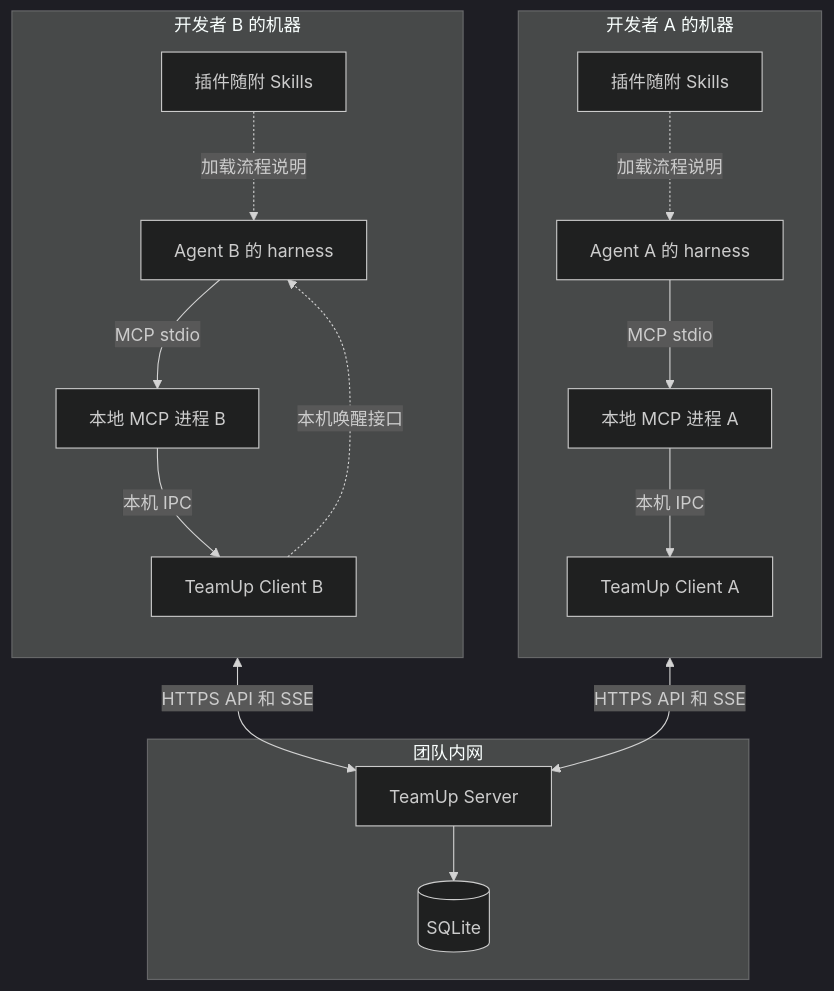
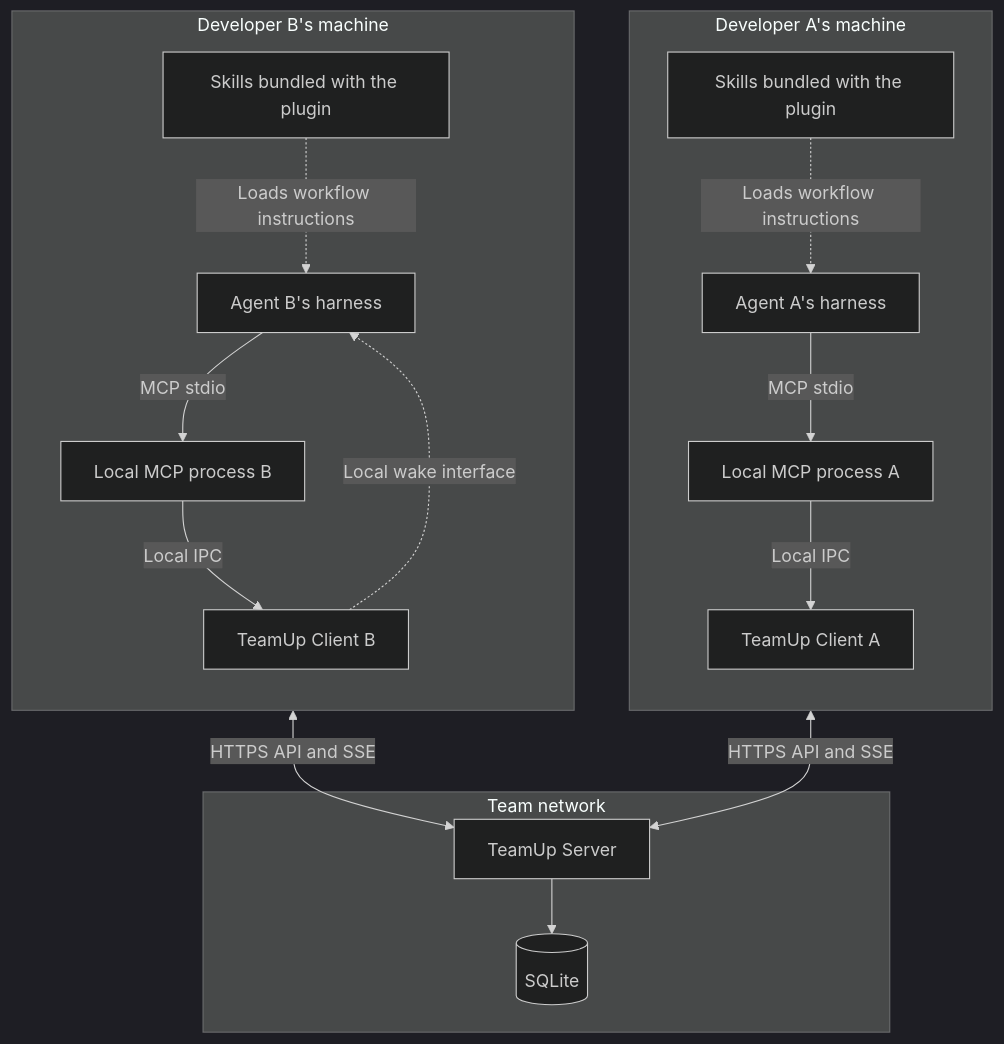
The first of 2 diagrams in docs/architecture/README.md (Jianyu010/TeamUp), drawn with Mermaid (dark theme) before and after one commit. The commit also changed other lines of this file and 44 other files, not shown here.

````diff
--- a/docs/architecture/README.md
+++ b/docs/architecture/README.md
@@ -5,31 +5,31 @@
 ```mermaid
 flowchart TB
-    subgraph DA[开发者 A 的机器]
+    subgraph DA[Developer A's machine]
         direction TB
-        A[Agent A 的 harness]
-        PA[本地 MCP 进程 A]
+        A[Agent A's harness]
+        PA[Local MCP process A]
         CA[TeamUp Client A]
-        SA[插件随附 Skills]
-        SA -. 加载流程说明 .-> A
+        SA[Skills bundled with the plugin]
+        SA -. Loads workflow instructions .-> A
         A -->|MCP stdio| PA
-        PA -->|本机 IPC| CA
+        PA -->|Local IPC| CA
     end
-    subgraph LAN[团队内网]
+    subgraph LAN[Team network]
         S[TeamUp Server]
         DB[(SQLite)]
         S --> DB
     end
-    subgraph DBHOST[开发者 B 的机器]
+    subgraph DBHOST[Developer B's machine]
         direction TB
-        B[Agent B 的 harness]
-        PB[本地 MCP 进程 B]
+        B[Agent B's harness]
+        PB[Local MCP process B]
         CB[TeamUp Client B]
-        SB[插件随附 Skills]
-        SB -. 加载流程说明 .-> B
+        SB[Skills bundled with the plugin]
+        SB -. Loads workflow instructions .-> B
         B -->|MCP stdio| PB
-        PB -->|本机 IPC| CB
-        CB -. 本机唤醒接口 .-> B
+        PB -->|Local IPC| CB
+        CB -. Local wake interface .-> B
     end
-    CA <-->|HTTPS API 和 SSE| S
-    CB <-->|HTTPS API 和 SSE| S
+    CA <-->|HTTPS API and SSE| S
+    CB <-->|HTTPS API and SSE| S
 ```
````
